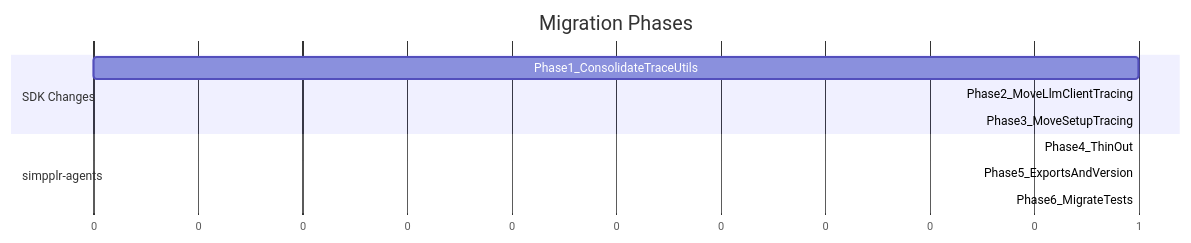
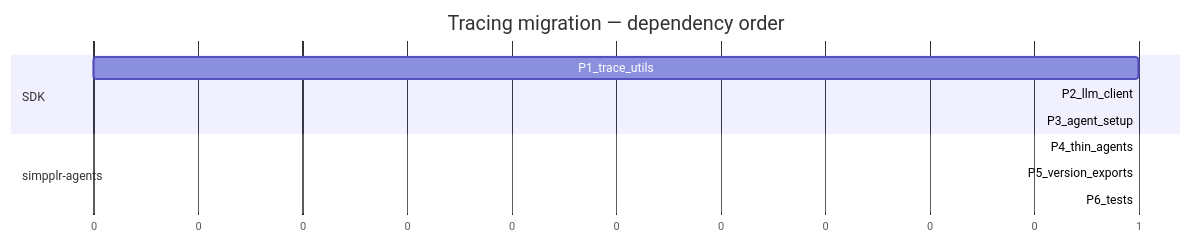
The third of 4 diagrams in temp_trace.md (nishipaul/AI_Content_Agent_Replica), drawn with Mermaid before and after one commit. The commit also changed other lines of this file, not shown here.

First line of the commit message:
Refactor tracing migration architecture and documentation

````diff
--- a/temp_trace.md
+++ b/temp_trace.md
@@ -110,16 +133,16 @@
 ```mermaid
 gantt
-  title Migration Phases
+  title Tracing migration — dependency order
   dateFormat X
   axisFormat %s
 
-  section SDK Changes
-  Phase1_ConsolidateTraceUtils :p1, 0, 1
-  Phase2_MoveLlmClientTracing  :p2, after p1, 1
-  Phase3_MoveSetupTracing      :p3, after p1, 1
+  section SDK
+  P1_trace_utils       :p1, 0, 1
+  P2_llm_client        :p2, after p1, 1
+  P3_agent_setup       :p3, after p1, 1
 
   section simpplr-agents
-  Phase4_ThinOut          :p4, after p2, 1
-  Phase5_ExportsAndVersion :p5, after p4, 1
-  Phase6_MigrateTests     :p6, after p5, 1
+  P4_thin_agents       :p4, after p2, 1
+  P5_version_exports   :p5, after p4, 1
+  P6_tests               :p6, after p5, 1
 ```
````
